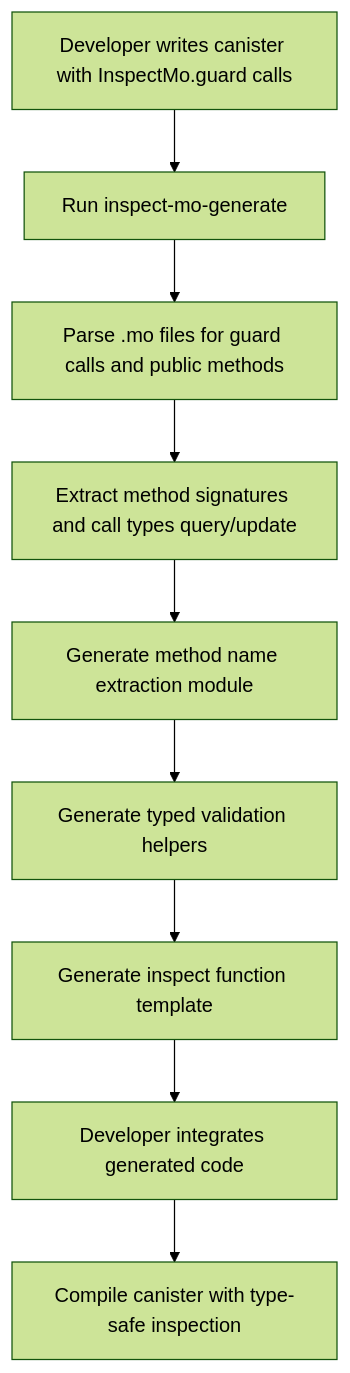
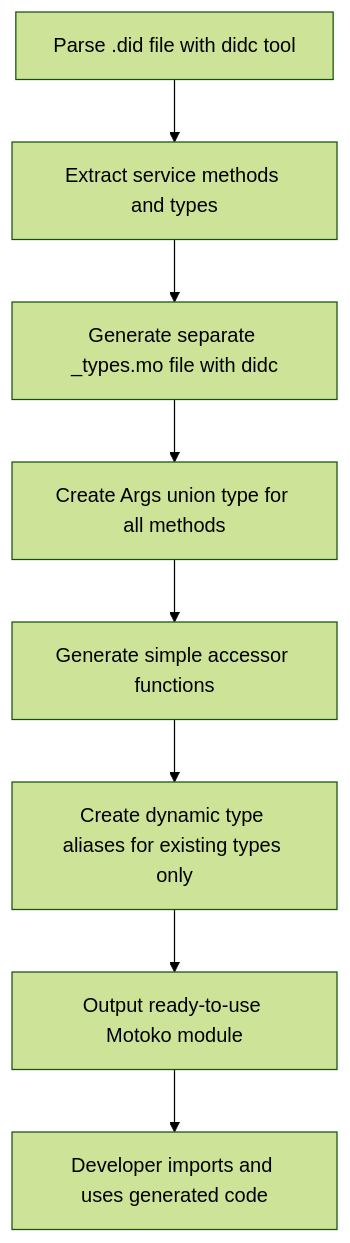
Before and after one commit to icdevs/inspect-mo: the second of 2 diagrams in docs/ARCHITECTURE.md, drawn with Mermaid (forest theme). The commit also changed other lines of this file and 82 other files, not shown here.

````diff
--- a/docs/ARCHITECTURE.md
+++ b/docs/ARCHITECTURE.md
@@ -437,11 +547,10 @@
 ```mermaid
 graph TD
-    A[Developer writes canister with InspectMo.guard calls] --> B[Run inspect-mo-generate]
-    B --> C[Parse .mo files for guard calls and public methods]
-    C --> D[Extract method signatures and call types query/update]
-    D --> E[Generate method name extraction module]
-    E --> F[Generate typed validation helpers]
-    F --> G[Generate inspect function template]
-    G --> H[Developer integrates generated code]
-    H --> I[Compile canister with type-safe inspection]
+    A[Parse .did file with didc tool] --> B[Extract service methods and types]
+    B --> C[Generate separate _types.mo file with didc]
+    C --> D[Create Args union type for all methods]
+    D --> E[Generate simple accessor functions]
+    E --> F[Create dynamic type aliases for existing types only]
+    F --> G[Output ready-to-use Motoko module]
+    G --> H[Developer imports and uses generated code]
 ```
````
